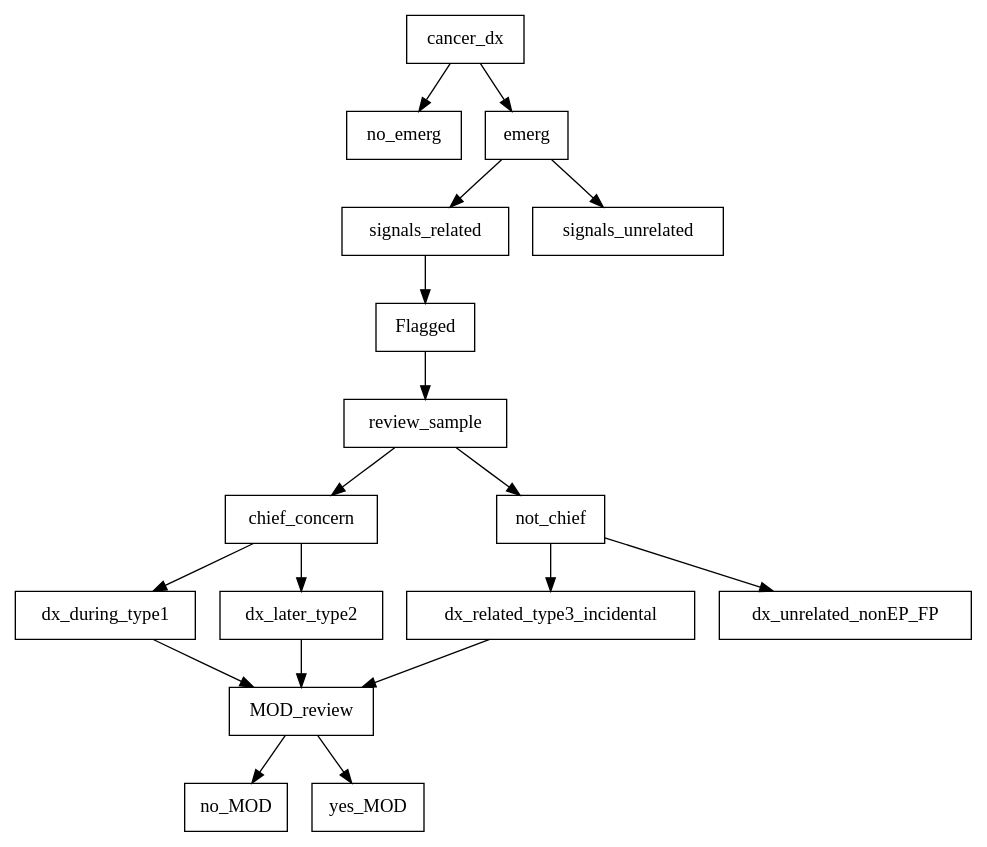
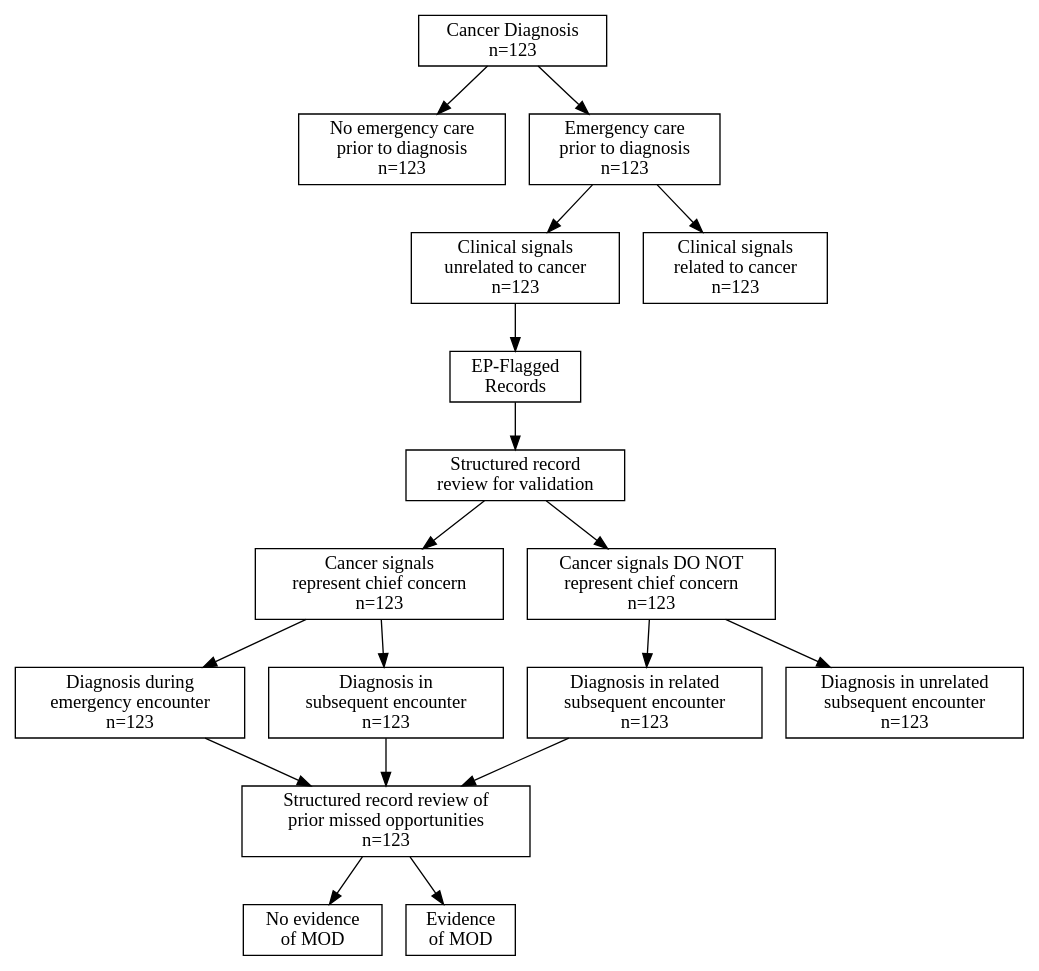
The diagram in consort.dot (zimolzak/MooreMeasures), drawn with Graphviz before and after one commit.

Commit message:
Label everything

```diff
--- a/consort.dot
+++ b/consort.dot
@@ -1,48 +1,48 @@
 digraph{
 
 # Nodes
 
-cancer_dx[shape=rectangle]
-no_emerg[shape=rectangle]
-emerg[shape=rectangle]
-signals_related[shape=rectangle]
-signals_unrelated[shape=rectangle]
+cancer_dx[shape=rectangle, label="Cancer Diagnosis\nn=123"]
+no_emerg[shape=rectangle, label="No emergency care\nprior to diagnosis\nn=123"]
+emerg[shape=rectangle, label="Emergency care\nprior to diagnosis\nn=123"]
+signals_related[shape=rectangle, label="Clinical signals\nunrelated to cancer\nn=123"]
+signals_unrelated[shape=rectangle, label="Clinical signals\nrelated to cancer\nn=123"]
 
-Flagged[shape=rectangle]
-review_sample[shape=rectangle]
-chief_concern[shape=rectangle]
-not_chief[shape=rectangle]
+Flagged[shape=rectangle, label="EP-Flagged\nRecords"]
+review_sample[shape=rectangle, label="Structured record\nreview for validation"]
+chief_concern[shape=rectangle, label="Cancer signals\nrepresent chief concern\nn=123"]
+not_chief[shape=rectangle, label="Cancer signals DO NOT\nrepresent chief concern\nn=123"]
 
-dx_during_type1[shape=rectangle]
-dx_later_type2[shape=rectangle]
-dx_related_type3_incidental[shape=rectangle]
-dx_unrelated_nonEP_FP[shape=rectangle]
+dx_during_type1[shape=rectangle, label="Diagnosis during\nemergency encounter\nn=123"]
+dx_later_type2[shape=rectangle, label="Diagnosis in\nsubsequent encounter\nn=123"]
+dx_related_type3_incidental[shape=rectangle, label="Diagnosis in related\nsubsequent encounter\nn=123"]
+dx_unrelated_nonEP_FP[shape=rectangle, label="Diagnosis in unrelated\nsubsequent encounter\nn=123"]
 
-MOD_review[shape=rectangle]
-no_MOD[shape=rectangle]
-yes_MOD[shape=rectangle]
+MOD_review[shape=rectangle, label="Structured record review of\nprior missed opportunities\nn=123"]
+no_MOD[shape=rectangle, label="No evidence\nof MOD"]
+yes_MOD[shape=rectangle, label="Evidence\nof MOD"]
 
 # Edges
 
 cancer_dx -> no_emerg
 cancer_dx -> emerg
 emerg -> signals_unrelated
 emerg -> signals_related
 signals_related -> Flagged
 
 Flagged -> review_sample
 review_sample -> chief_concern
 review_sample -> not_chief
 chief_concern -> dx_during_type1
 chief_concern -> dx_later_type2
 not_chief -> dx_related_type3_incidental
 not_chief -> dx_unrelated_nonEP_FP
 
 dx_during_type1 -> MOD_review
 dx_later_type2 -> MOD_review
 dx_related_type3_incidental -> MOD_review
 
 MOD_review -> yes_MOD
 MOD_review -> no_MOD
 
 }
```
